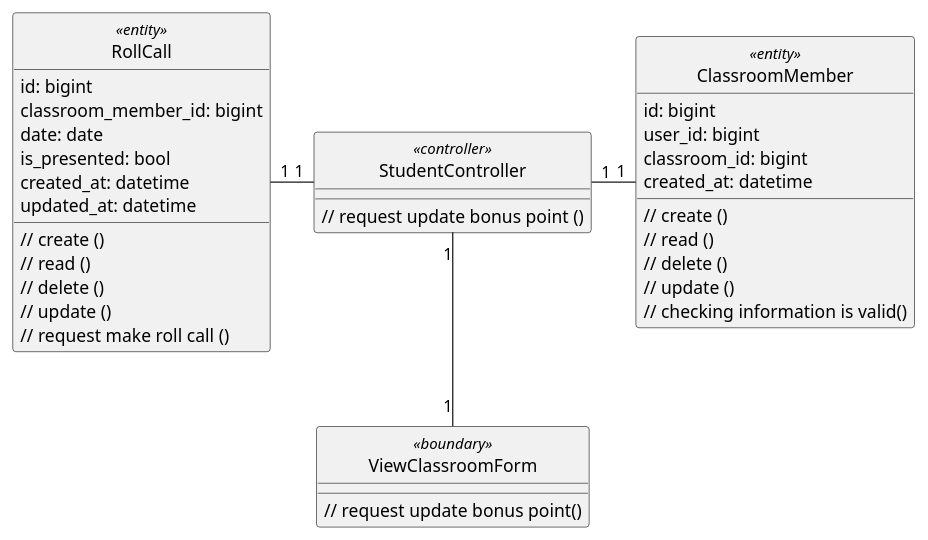
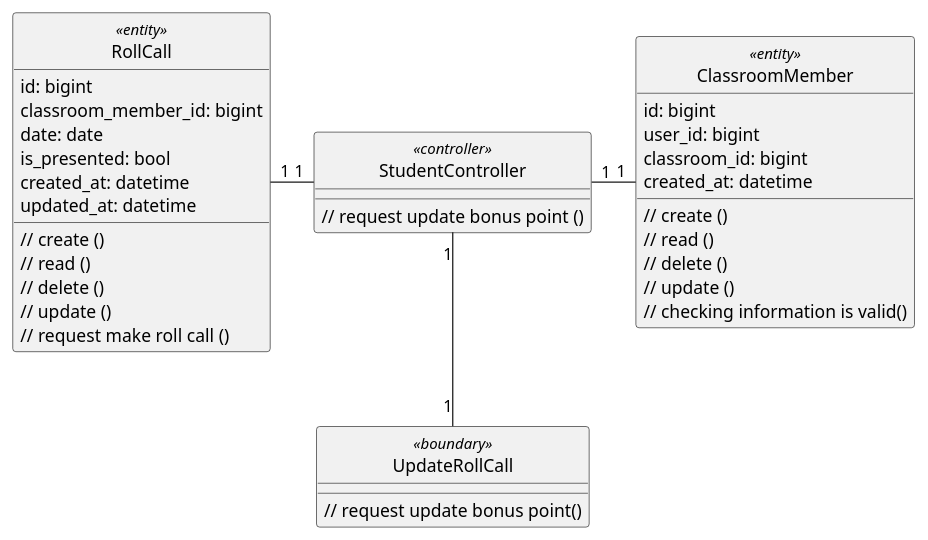
The diagram in class - analysis/rollcall/updateRollCall.plantuml (anonyhostvn/OOAD-Diagram), drawn with PlantUML before and after one commit. The commit also changed 8 other files, not shown here.

Commit message:
sequence comment

```diff
--- a/class - analysis/rollcall/updateRollCall.plantuml
+++ b/class - analysis/rollcall/updateRollCall.plantuml
@@ -1,49 +1,49 @@
-@startuml updateClass
+@startuml updateRollCall
 
 class RollCall <<entity>> {
     id: bigint
     classroom_member_id: bigint
     date: date
     is_presented: bool
     created_at: datetime
     updated_at: datetime
 
     // create ()
     // read ()
     // delete ()
     // update ()
     // request make roll call ()
 }
 
 class ClassroomMember <<entity>> {
     id: bigint
     user_id: bigint
     classroom_id: bigint
     created_at: datetime
 
     // create ()
     // read ()
     // delete ()
     // update ()
     // checking information is valid()
 }
 
-class ViewClassroomForm <<boundary>> {
+class UpdateRollCall <<boundary>> {
     // request update bonus point()
 }
 
 class StudentController <<controller>> {
     // request update bonus point ()
 }
 
 hide RollCall <<entity>> circle
-hide ViewClassroomForm <<boundary>> circle
+hide UpdateRollCall <<boundary>> circle
 hide StudentController <<controller>> circle
 
 StudentController "1" -left- "1" RollCall
 StudentController "1" -right- "1" ClassroomMember
-StudentController "1" -down- "1" ViewClassroomForm
+StudentController "1" -down- "1" UpdateRollCall
 
 
 
 @enduml
```
